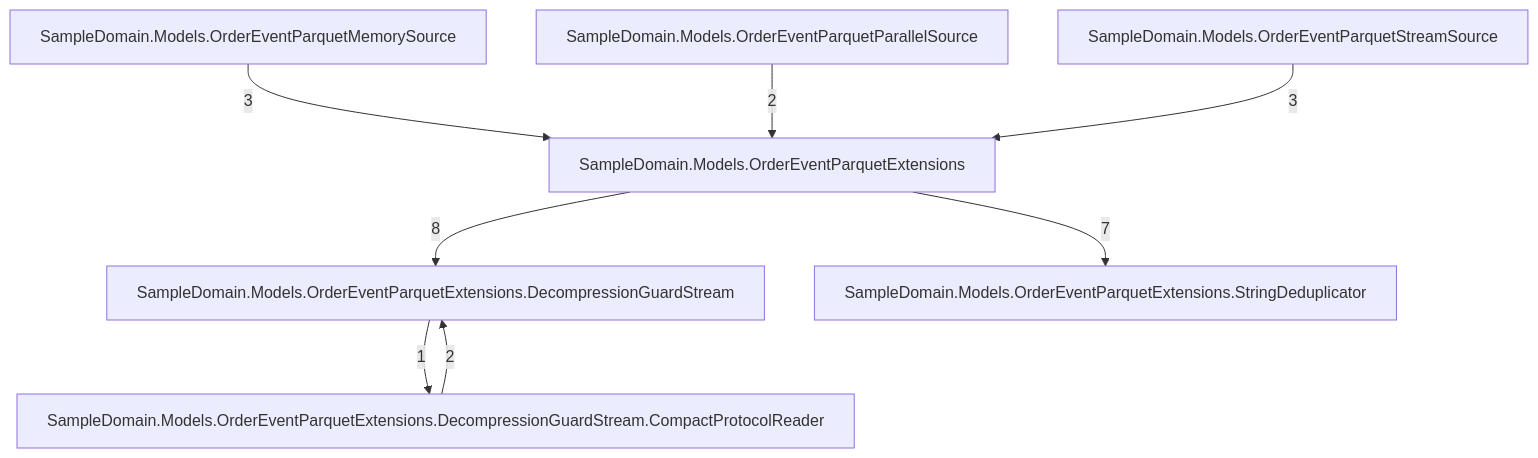
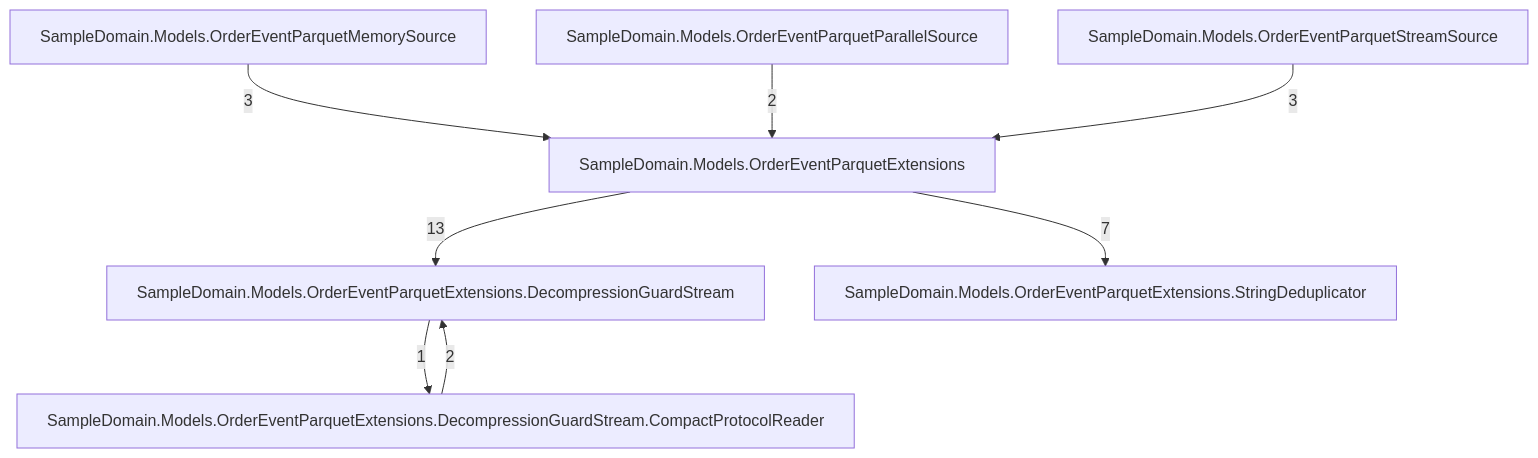
Before and after one commit to rtkelly13/Parquet.SourceGenerator: the fourth of 7 diagrams in docs/callgraph-generated.md, drawn with Mermaid. The commit also changed other lines of this file and 33 other files, not shown here.

````diff
--- a/docs/callgraph-generated.md
+++ b/docs/callgraph-generated.md
@@ -60,17 +60,17 @@
 ```mermaid
 graph TD
     tsampledomainmodelsordereventparquetextensions_047["SampleDomain.Models.OrderEventParquetExtensions"]
     tsampledomainmodelsordereventparquetextensionsdecompressionguardstream_072["SampleDomain.Models.OrderEventParquetExtensions.DecompressionGuardStream"]
     tsampledomainmodelsordereventparquetextensionsdecompressionguardstreamcompactprotocolreader_094["SampleDomain.Models.OrderEventParquetExtensions.DecompressionGuardStream.CompactProtocolReader"]
     tsampledomainmodelsordereventparquetextensionsstringdeduplicator_066["SampleDomain.Models.OrderEventParquetExtensions.StringDeduplicator"]
     tsampledomainmodelsordereventparquetmemorysource_049["SampleDomain.Models.OrderEventParquetMemorySource"]
     tsampledomainmodelsordereventparquetparallelsource_051["SampleDomain.Models.OrderEventParquetParallelSource"]
     tsampledomainmodelsordereventparquetstreamsource_049["SampleDomain.Models.OrderEventParquetStreamSource"]
     tsampledomainmodelsordereventparquetextensionsdecompressionguardstreamcompactprotocolreader_094 -->|2| tsampledomainmodelsordereventparquetextensionsdecompressionguardstream_072
     tsampledomainmodelsordereventparquetextensionsdecompressionguardstream_072 -->|1| tsampledomainmodelsordereventparquetextensionsdecompressionguardstreamcompactprotocolreader_094
-    tsampledomainmodelsordereventparquetextensions_047 -->|8| tsampledomainmodelsordereventparquetextensionsdecompressionguardstream_072
+    tsampledomainmodelsordereventparquetextensions_047 -->|13| tsampledomainmodelsordereventparquetextensionsdecompressionguardstream_072
     tsampledomainmodelsordereventparquetextensions_047 -->|7| tsampledomainmodelsordereventparquetextensionsstringdeduplicator_066
     tsampledomainmodelsordereventparquetmemorysource_049 -->|3| tsampledomainmodelsordereventparquetextensions_047
     tsampledomainmodelsordereventparquetparallelsource_051 -->|2| tsampledomainmodelsordereventparquetextensions_047
     tsampledomainmodelsordereventparquetstreamsource_049 -->|3| tsampledomainmodelsordereventparquetextensions_047
 ```
````
